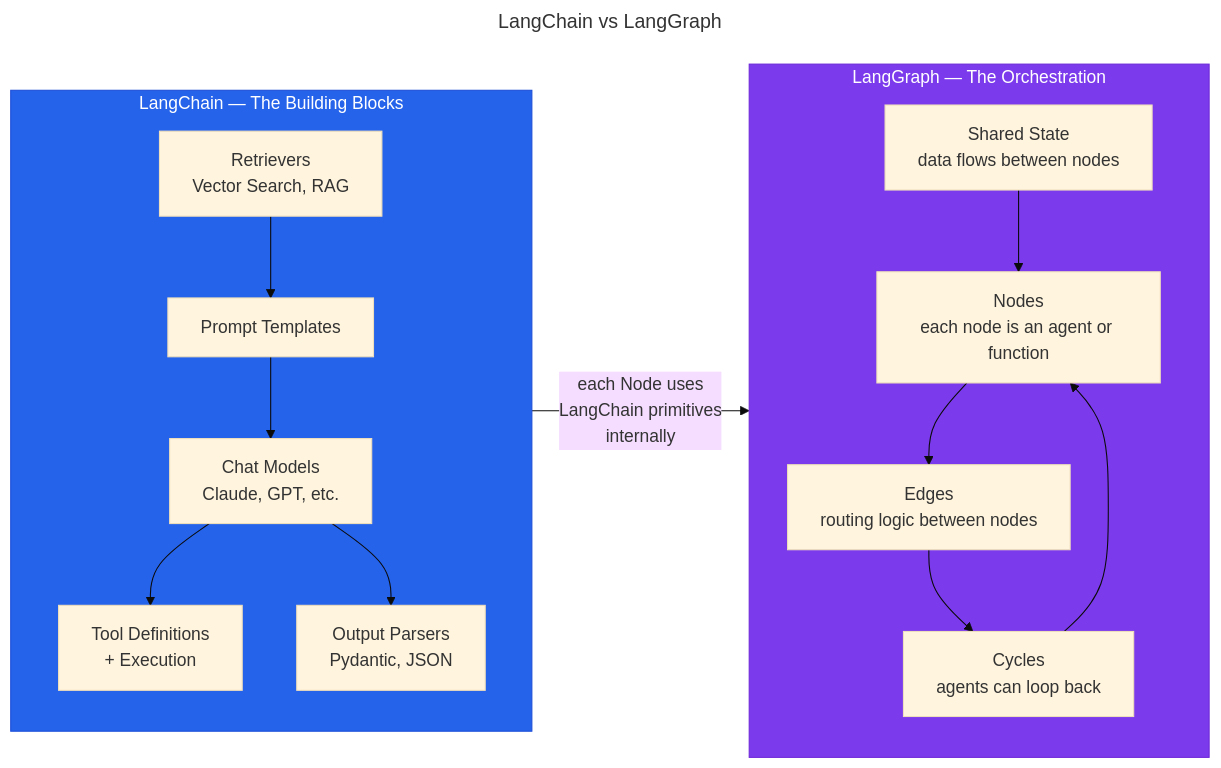
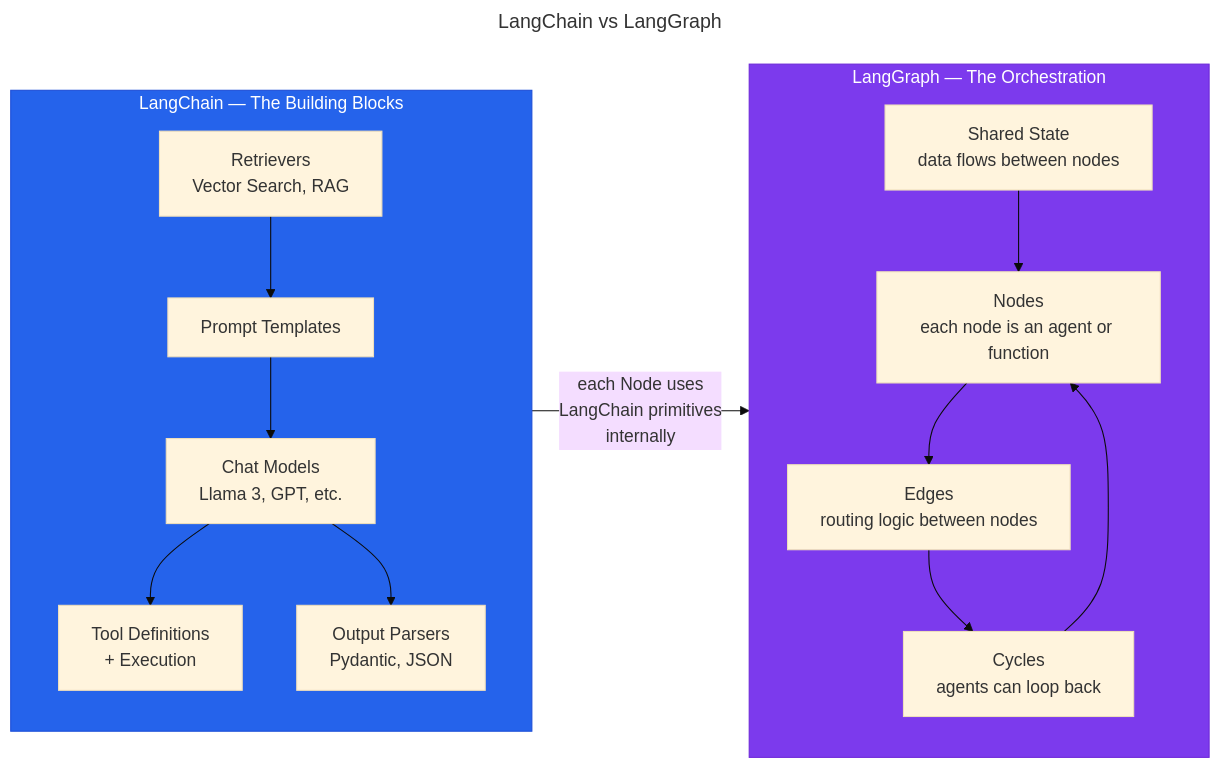
One commit to jakehorton1228-droid/geopolitical--market-tracker changed the diagram in docs/langchain-langgraph-architecture.mmd. Above: the diagram before and after it, drawn with Mermaid (base theme). The commit also changed 19 other files, not shown here.

```diff
--- a/docs/langchain-langgraph-architecture.mmd
+++ b/docs/langchain-langgraph-architecture.mmd
@@ -1,38 +1,38 @@
 ---
 title: LangChain vs LangGraph
 ---
 
 graph LR
     subgraph LangChain["LangChain — The Building Blocks"]
         direction TB
         PROMPTS[Prompt Templates]
-        MODELS[Chat Models<br/>Claude, GPT, etc.]
+        MODELS[Chat Models<br/>Llama 3, GPT, etc.]
         TOOLS[Tool Definitions<br/>+ Execution]
         RETRIEVERS[Retrievers<br/>Vector Search, RAG]
         PARSERS[Output Parsers<br/>Pydantic, JSON]
 
         PROMPTS --> MODELS
         MODELS --> TOOLS
         MODELS --> PARSERS
         RETRIEVERS --> PROMPTS
     end
 
     subgraph LangGraph["LangGraph — The Orchestration"]
         direction TB
         STATE[Shared State<br/>data flows between nodes]
         NODES[Nodes<br/>each node is an agent or function]
         EDGES[Edges<br/>routing logic between nodes]
         LOOP[Cycles<br/>agents can loop back]
 
         STATE --> NODES
         NODES --> EDGES
         EDGES --> LOOP
         LOOP --> NODES
     end
 
     LangChain -- "each Node uses<br/>LangChain primitives<br/>internally" --> LangGraph
 
     classDef lc fill:#2563eb,stroke:#1d4ed8,color:#fff
     classDef lg fill:#7c3aed,stroke:#6d28d9,color:#fff
     class LangChain lc
     class LangGraph lg
```
